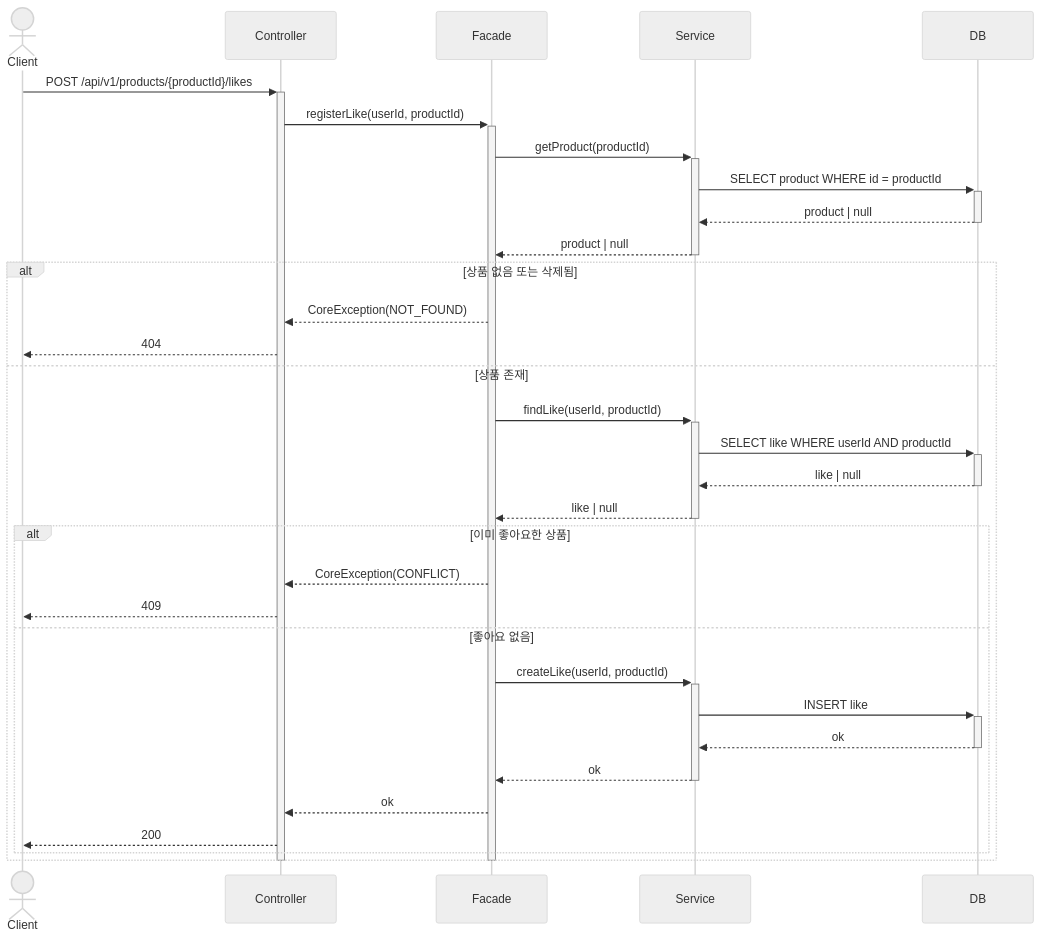
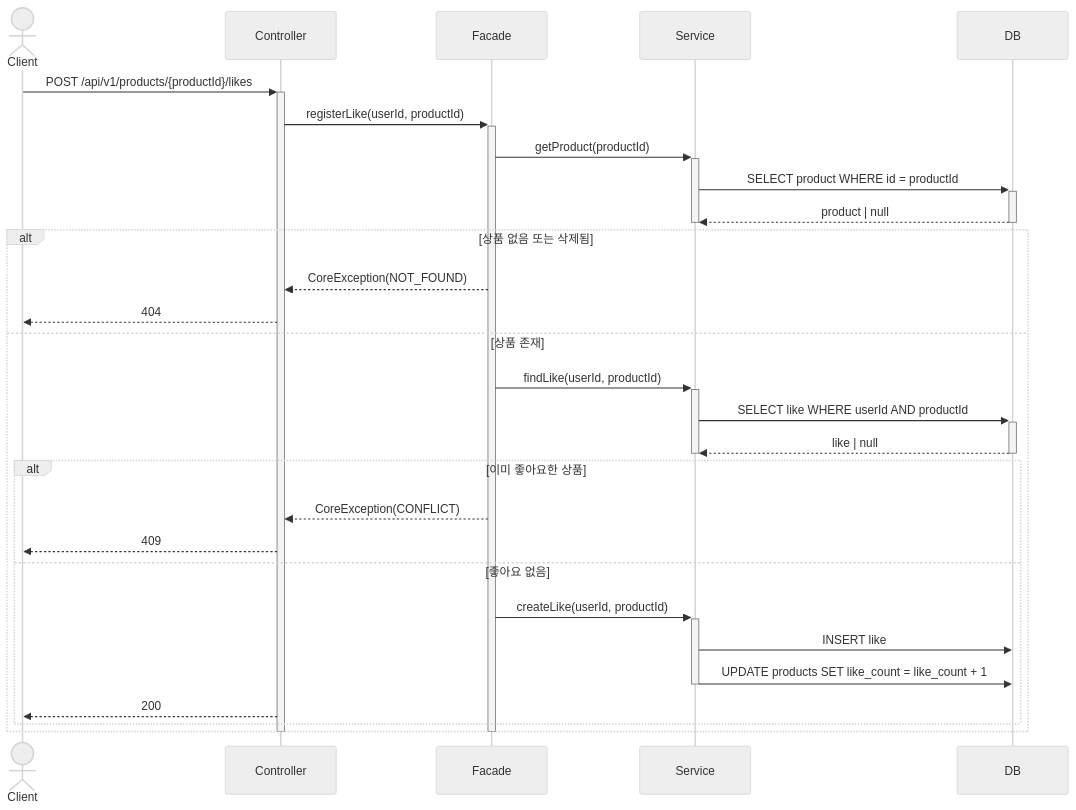
Before and after one commit to loopers-labs/loop-pack-be-l2-vol4-java: the fourth of 21 diagrams in .docs/design/02-sequence-diagrams.md, drawn with Mermaid (neutral theme). The commit also changed other lines of this file and 2 other files, not shown here.

Commit message:
docs: 시퀀스 다이어그램 activation bar 추가 및 설계 보완

````diff
--- a/.docs/design/02-sequence-diagrams.md
+++ b/.docs/design/02-sequence-diagrams.md
@@ -91,40 +93,39 @@
 ```mermaid
 sequenceDiagram
     actor Client
     participant Controller
     participant Facade
     participant Service
     participant DB
 
     Client->>+Controller: POST /api/v1/products/{productId}/likes
     Controller->>+Facade: registerLike(userId, productId)
 
     Facade->>+Service: getProduct(productId)
     Service->>+DB: SELECT product WHERE id = productId
     DB-->>-Service: product | null
-    Service-->>-Facade: product | null
+    deactivate Service
 
     alt 상품 없음 또는 삭제됨
         Facade-->>Controller: CoreException(NOT_FOUND)
         Controller-->>Client: 404
     else 상품 존재
         Facade->>+Service: findLike(userId, productId)
         Service->>+DB: SELECT like WHERE userId AND productId
         DB-->>-Service: like | null
-        Service-->>-Facade: like | null
+        deactivate Service
 
         alt 이미 좋아요한 상품
             Facade-->>Controller: CoreException(CONFLICT)
             Controller-->>Client: 409
         else 좋아요 없음
             Facade->>+Service: createLike(userId, productId)
-            Service->>+DB: INSERT like
-            DB-->>-Service: ok
-            Service-->>-Facade: ok
-            Facade-->>Controller: ok
+            Service->>DB: INSERT like
+            Service->>DB: UPDATE products SET like_count = like_count + 1
+            deactivate Service
             Controller-->>Client: 200
         end
     end
     deactivate Facade
     deactivate Controller
 ```
````
